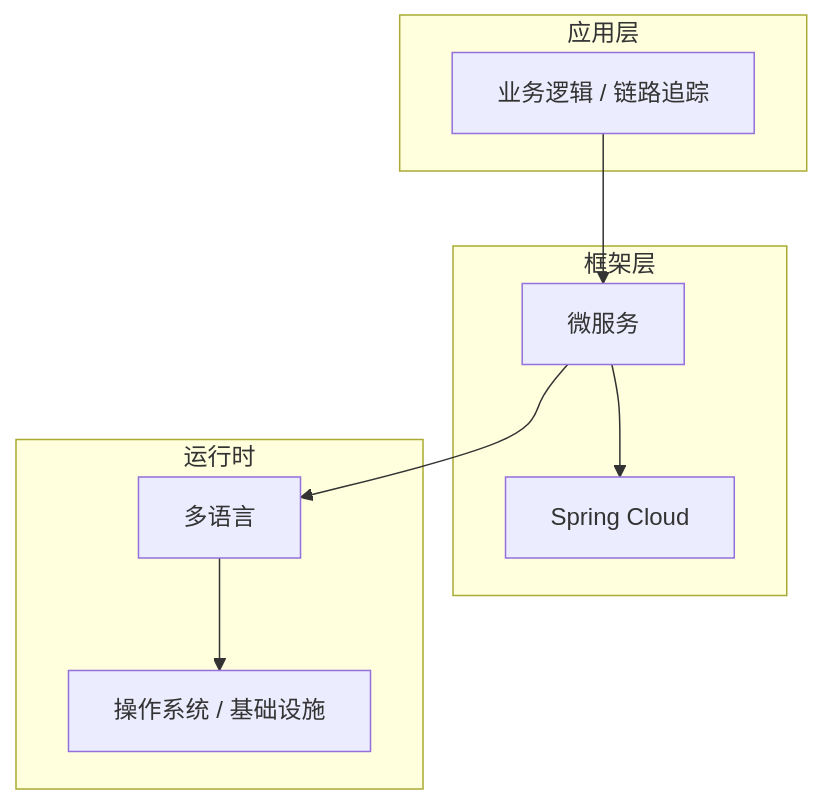
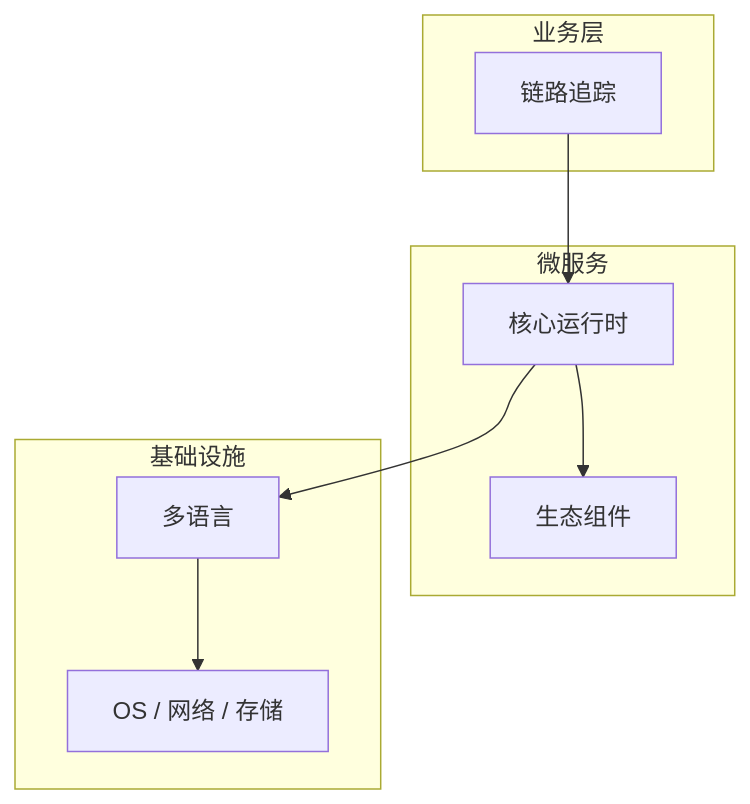
The diagram in articles/微服务架构/chapters/072-链路追踪核心概念与原理.md (yanggan2015/knowledge-json-v2), drawn with Mermaid before and after one commit. The commit also changed other lines of this file and 10127 other files, not shown here.

````diff
--- a/articles/微服务架构/chapters/072-链路追踪核心概念与原理.md
+++ b/articles/微服务架构/chapters/072-链路追踪核心概念与原理.md
@@ -45,18 +34,18 @@
 ```mermaid
 graph TB
-    subgraph 应用层
-        A[业务逻辑 / 链路追踪]
+    subgraph 业务层
+        A[链路追踪]
     end
-    subgraph 框架层
-        B[微服务]
-        C[Spring Cloud]
+    subgraph 微服务
+        B[核心运行时]
+        C[生态组件]
     end
-    subgraph 运行时
+    subgraph 基础设施
         D[多语言]
-        E[操作系统 / 基础设施]
+        E[OS / 网络 / 存储]
     end
     A --> B
     B --> C
     B --> D
     D --> E
 ```
````
